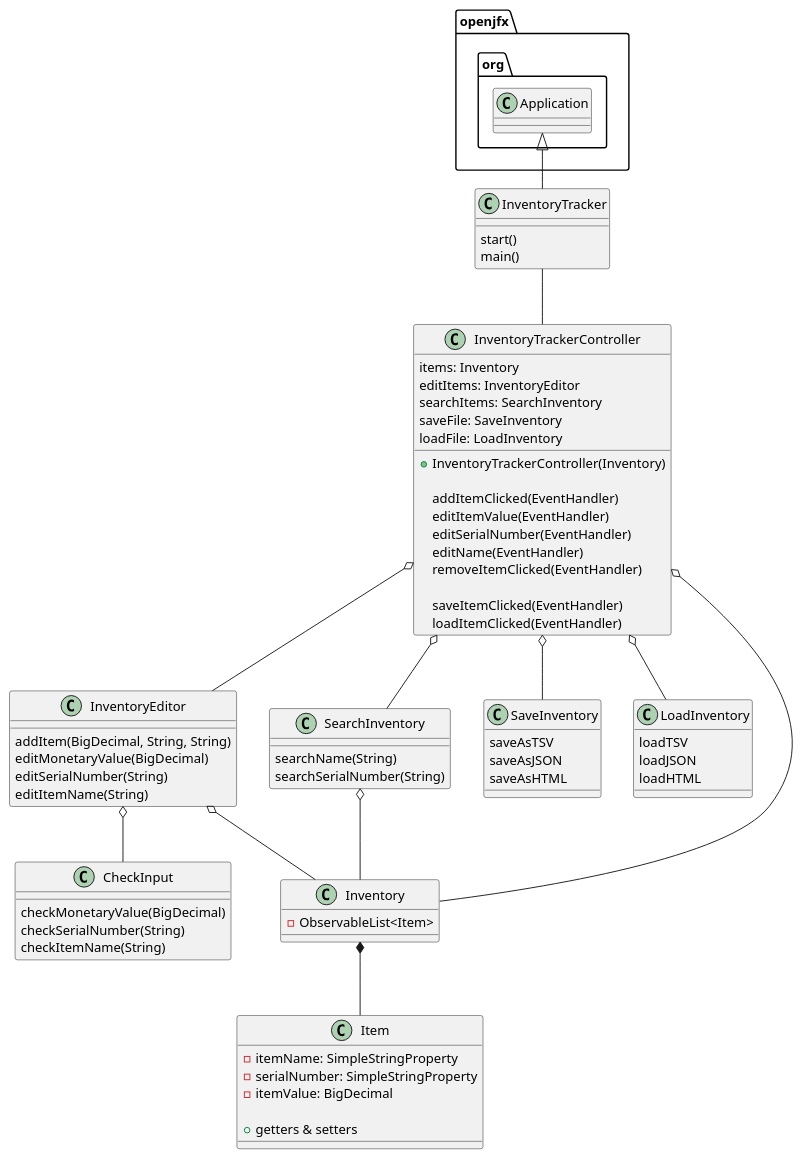
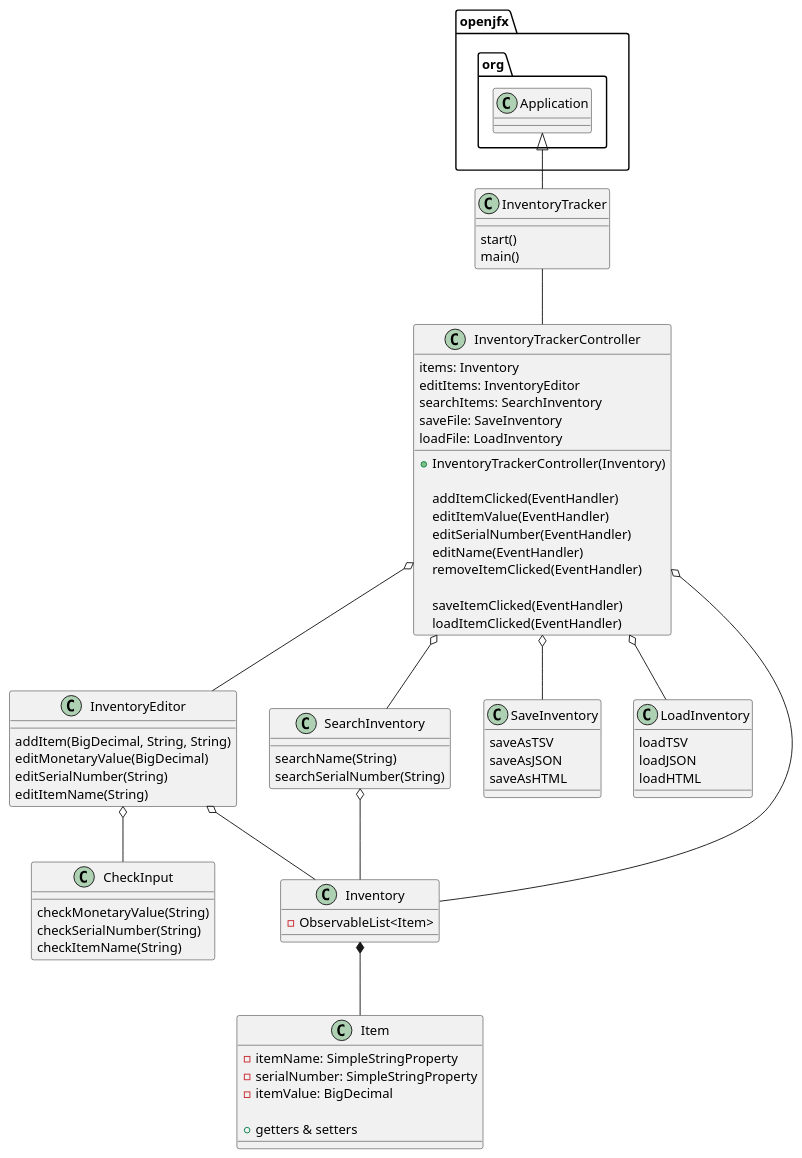
Before and after one commit to C-Gagne/gagne-1078-a5: the diagram in uml/InventoryTrackerUML.puml, drawn with PlantUML. The commit also changed 3 other files, not shown here.

```diff
--- a/uml/InventoryTrackerUML.puml
+++ b/uml/InventoryTrackerUML.puml
@@ -1,89 +1,89 @@
 @startuml
 'https://plantuml.com/class-diagram
 
 class InventoryTracker {
     start()
     main()
 }
 
 
 class InventoryTrackerController {
     items: Inventory
     editItems: InventoryEditor
     searchItems: SearchInventory
     saveFile: SaveInventory
     loadFile: LoadInventory
 
     + InventoryTrackerController(Inventory)
 
     addItemClicked(EventHandler)
     editItemValue(EventHandler)
     editSerialNumber(EventHandler)
     editName(EventHandler)
     removeItemClicked(EventHandler)
 
     saveItemClicked(EventHandler)
     loadItemClicked(EventHandler)
 }
 
 
 class InventoryEditor {
     addItem(BigDecimal, String, String)
     editMonetaryValue(BigDecimal)
     editSerialNumber(String)
     editItemName(String)
 }
 
 class CheckInput {
-    checkMonetaryValue(BigDecimal)
+    checkMonetaryValue(String)
     checkSerialNumber(String)
     checkItemName(String)
 }
 
 class SearchInventory {
     searchName(String)
     searchSerialNumber(String)
 }
 
 class SaveInventory {
     saveAsTSV
     saveAsJSON
     saveAsHTML
 }
 
 class LoadInventory {
     loadTSV
     loadJSON
     loadHTML
 }
 
 class Inventory {
     - ObservableList<Item>
 }
 
 class Item {
     - itemName: SimpleStringProperty
     - serialNumber: SimpleStringProperty
     - itemValue: BigDecimal
 
     + getters & setters
 }
 
 
 openjfx.org.Application <|-- InventoryTracker
 InventoryTracker -- InventoryTrackerController
 
 InventoryTrackerController o-- Inventory
 InventoryTrackerController o-- InventoryEditor
 InventoryTrackerController o-- SaveInventory
 InventoryTrackerController o-- LoadInventory
 InventoryTrackerController o-- SearchInventory
 
 InventoryEditor o-- CheckInput
 
 InventoryEditor o-- Inventory
 SearchInventory o-- Inventory
 
 Inventory *-- Item
 
 @enduml
```
